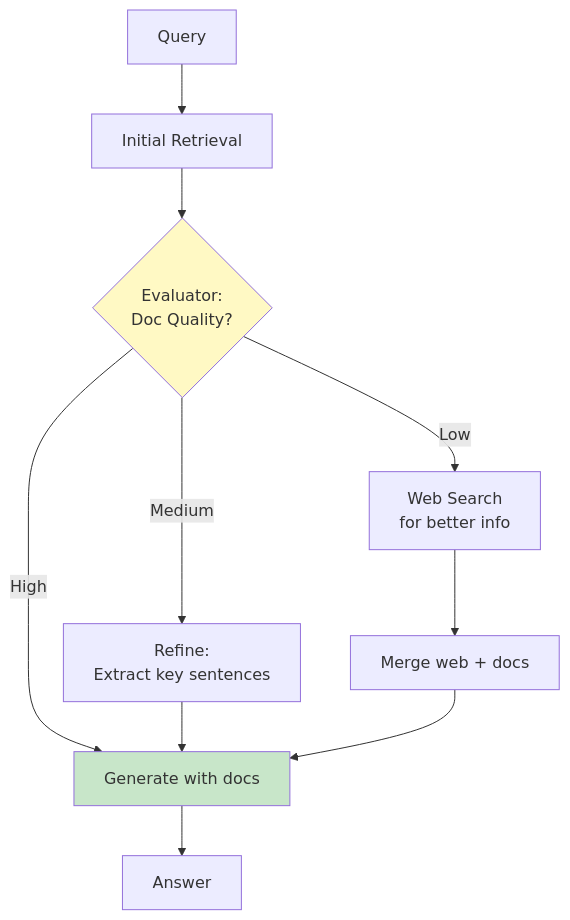
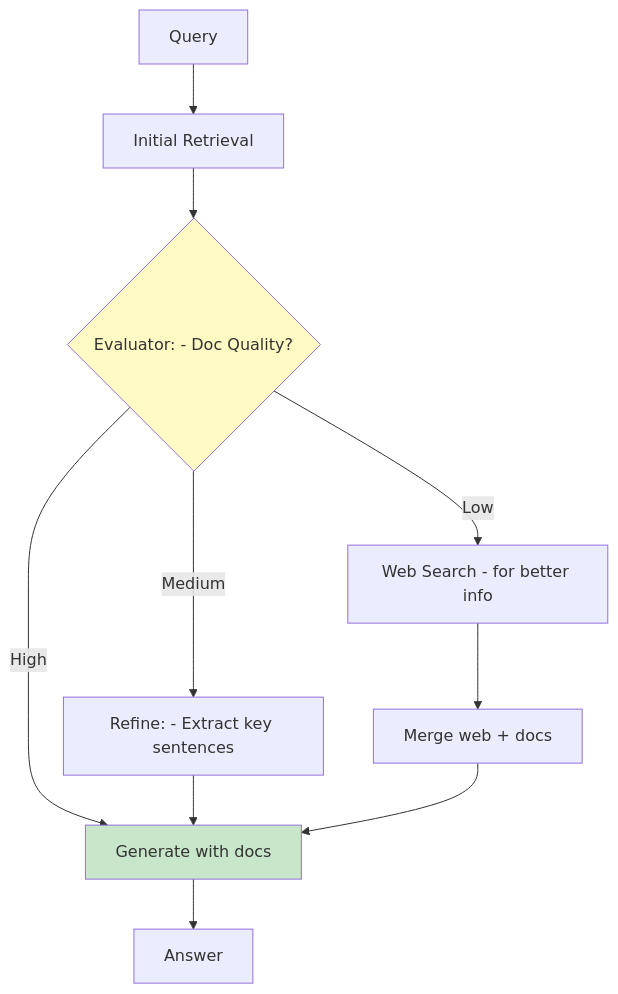
One commit to indhra/llm_rag_sec_findings changed the eighth of 10 diagrams in docs/learning/08-advanced-rag.md. Above: the diagram before and after it, drawn with Mermaid. The commit also changed other lines of this file and 9 other files, not shown here.

````diff
--- a/docs/learning/08-advanced-rag.md
+++ b/docs/learning/08-advanced-rag.md
@@ -355,18 +355,18 @@
 ```mermaid
 graph TB
     Q[Query] --> R[Initial Retrieval]
-    R --> E{Evaluator:<br/>Doc Quality?}
+    R --> E{Evaluator: - Doc Quality?}
     
     E -->|High| G[Generate with docs]
-    E -->|Medium| REF[Refine:<br/>Extract key sentences]
-    E -->|Low| WS[Web Search<br/>for better info]
+    E -->|Medium| REF[Refine: - Extract key sentences]
+    E -->|Low| WS[Web Search - for better info]
     
     REF --> G
     WS --> M[Merge web + docs]
     M --> G
     
     G --> A[Answer]
     
     style E fill:#fff9c4
     style G fill:#c8e6c9
 ```
````
